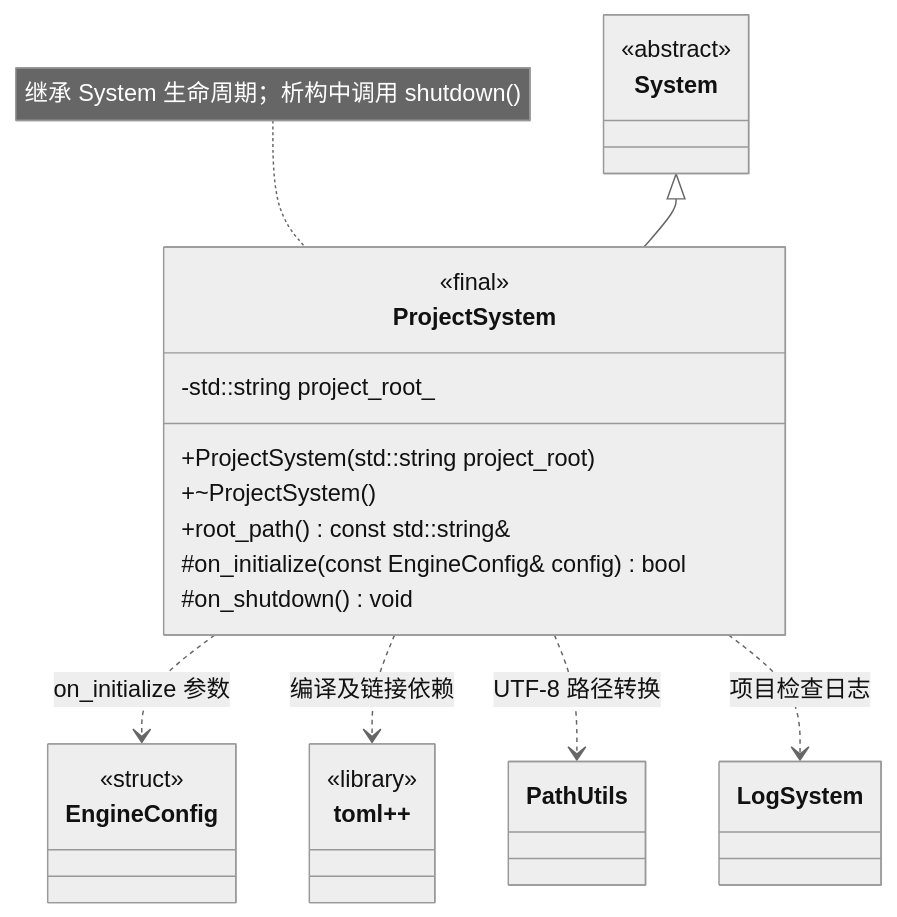
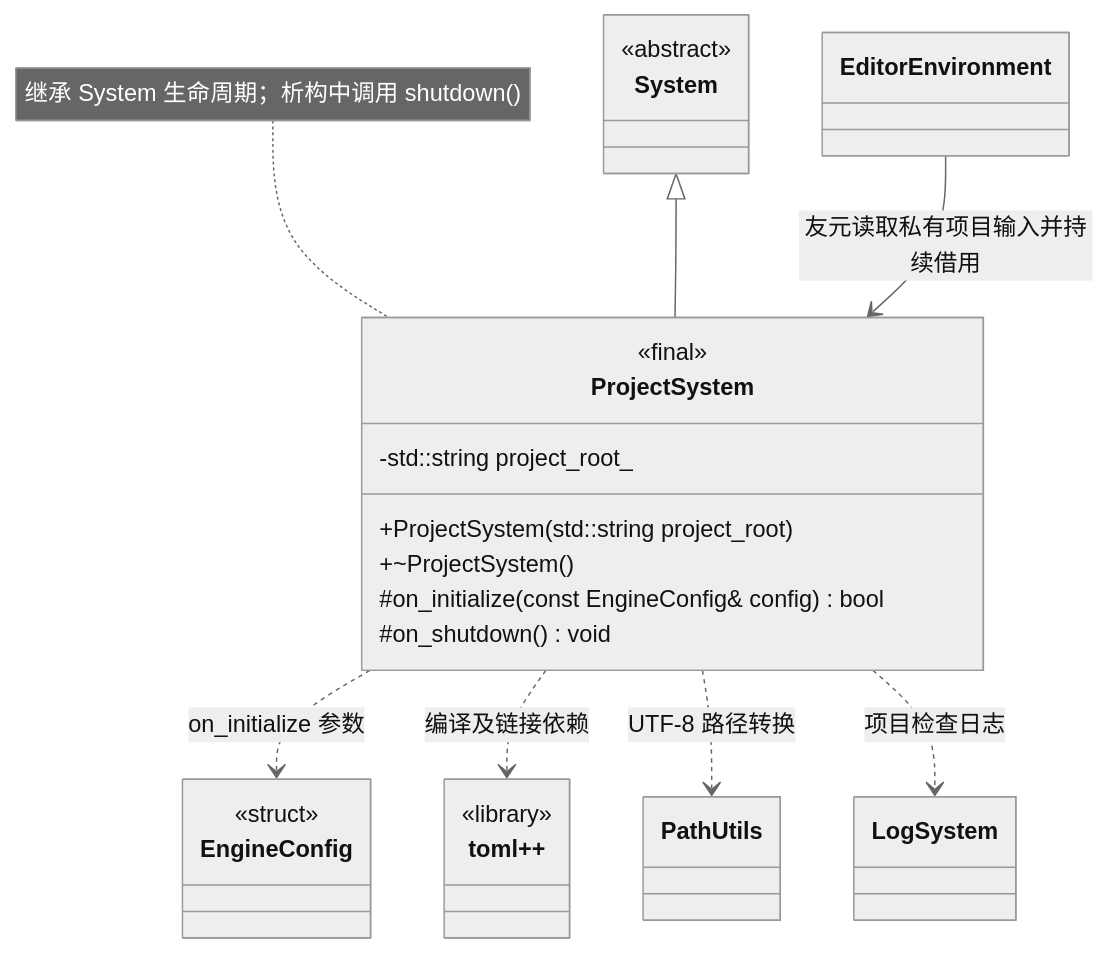
The diagram in docs/editor/class-diagrams/project-system.md (lcals/Engine), drawn with Mermaid (neutral theme) before and after one commit. The commit also changed other lines of this file and 93 other files, not shown here.

````diff
--- a/docs/editor/class-diagrams/project-system.md
+++ b/docs/editor/class-diagrams/project-system.md
@@ -7,30 +7,31 @@
 ```mermaid
 classDiagram
     direction TB
     class ProjectSystem {
         <<final>>
         +ProjectSystem(std::string project_root)
         +~ProjectSystem()
-        +root_path() const std::string&
         -std::string project_root_
         #on_initialize(const EngineConfig& config) bool
         #on_shutdown() void
     }
     class System {
         <<abstract>>
     }
     class EngineConfig {
         <<struct>>
     }
     class tomlplusplus["toml++"] {
         <<library>>
     }
     System <|-- ProjectSystem
     ProjectSystem ..> EngineConfig : on_initialize 参数
     ProjectSystem ..> tomlplusplus : 编译及链接依赖
     note for ProjectSystem "继承 System 生命周期；析构中调用 shutdown()"
     class PathUtils
     ProjectSystem ..> PathUtils : UTF-8 路径转换
+    class EditorEnvironment
+    EditorEnvironment --> ProjectSystem : 友元读取私有项目输入并持续借用
     class LogSystem
     ProjectSystem ..> LogSystem : 项目检查日志
 ```
````
